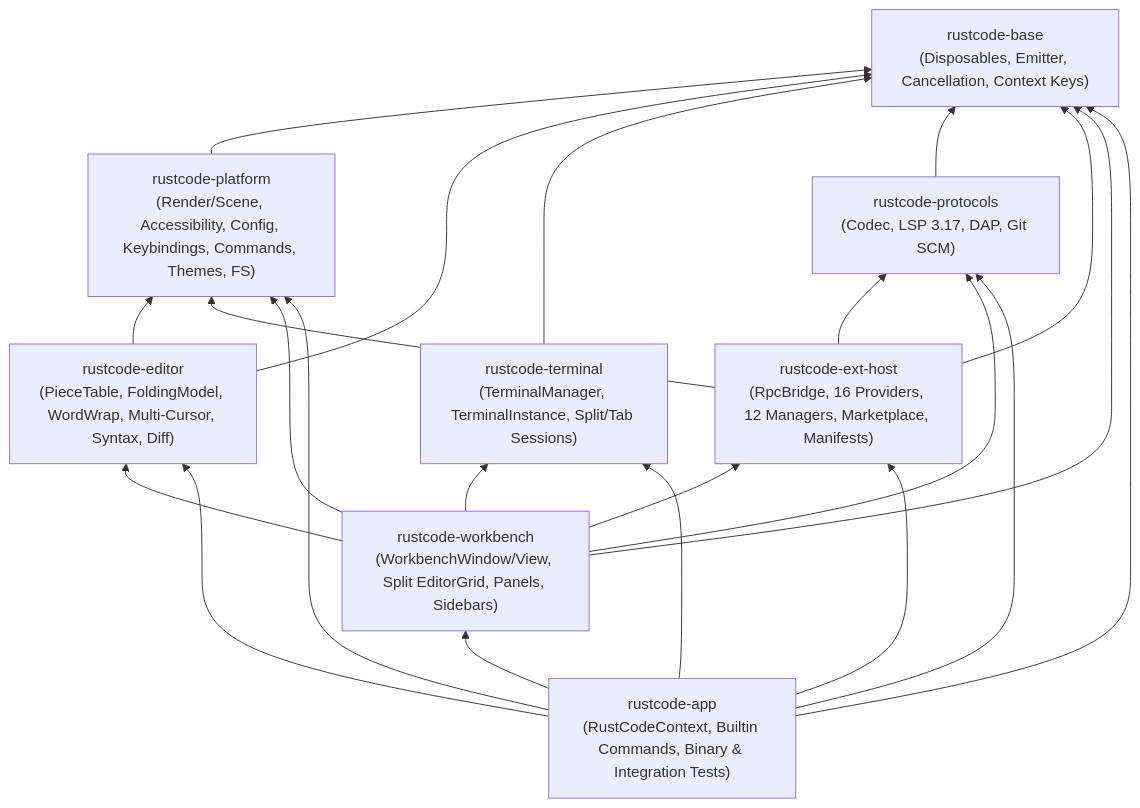
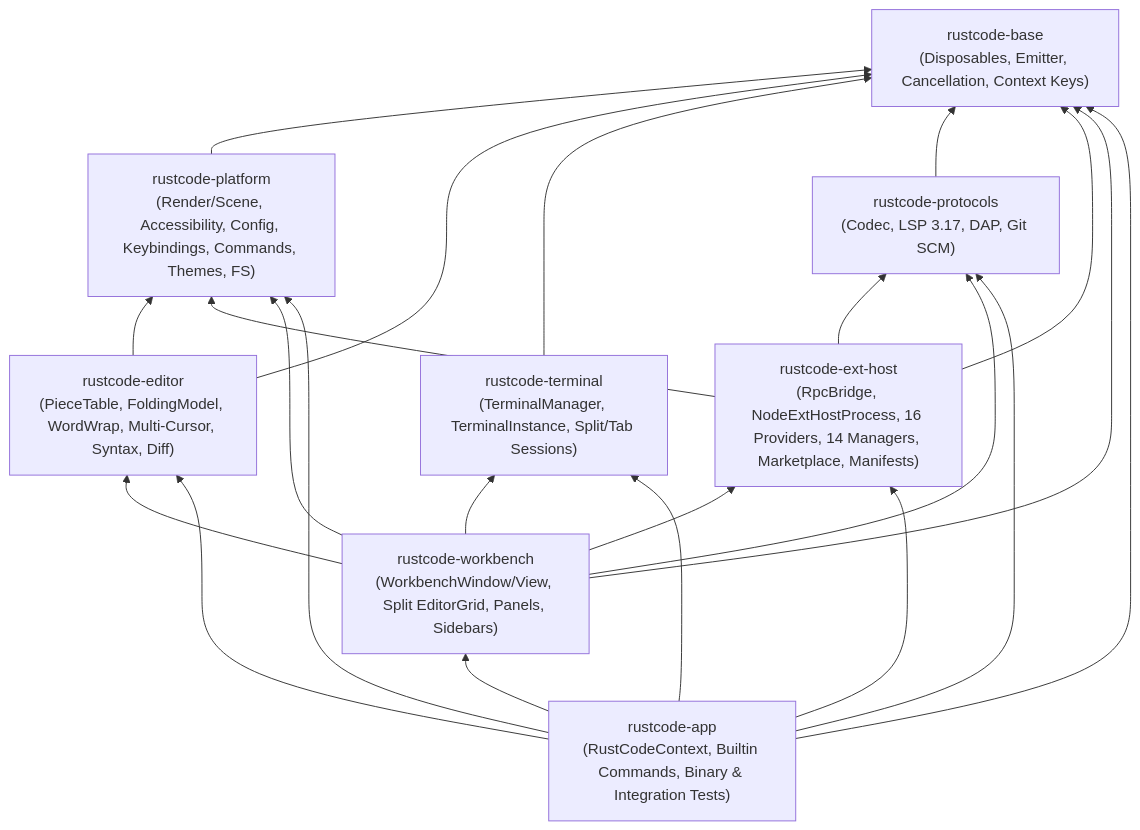
Before and after one commit to revelino01/vscode-in-rust: the diagram in docs/architecture.md, drawn with Mermaid. The commit also changed other lines of this file and 53 other files, not shown here.

Commit message:
feat(phase7-m1.2): implement live NodeExtHostProcess stdio transport, full vscode.* RPC bridge parity, standalone E2E harness, and tracker docs

````diff
--- a/docs/architecture.md
+++ b/docs/architecture.md
@@ -16,33 +16,33 @@
 ```mermaid
 flowchart BT
     base["rustcode-base\n(Disposables, Emitter, Cancellation, Context Keys)"]
     platform["rustcode-platform\n(Render/Scene, Accessibility, Config, Keybindings, Commands, Themes, FS)"]
     editor["rustcode-editor\n(PieceTable, FoldingModel, WordWrap, Multi-Cursor, Syntax, Diff)"]
     terminal["rustcode-terminal\n(TerminalManager, TerminalInstance, Split/Tab Sessions)"]
     protocols["rustcode-protocols\n(Codec, LSP 3.17, DAP, Git SCM)"]
-    exthost["rustcode-ext-host\n(RpcBridge, 16 Providers, 12 Managers, Marketplace, Manifests)"]
+    exthost["rustcode-ext-host\n(RpcBridge, NodeExtHostProcess, 16 Providers, 14 Managers, Marketplace, Manifests)"]
     workbench["rustcode-workbench\n(WorkbenchWindow/View, Split EditorGrid, Panels, Sidebars)"]
     app["rustcode-app\n(RustCodeContext, Builtin Commands, Binary & Integration Tests)"]
 
     platform --> base
     editor --> base
     editor --> platform
     terminal --> base
     protocols --> base
     exthost --> base
     exthost --> platform
     exthost --> protocols
     workbench --> base
     workbench --> platform
     workbench --> editor
     workbench --> terminal
     workbench --> protocols
     workbench --> exthost
     app --> base
     app --> platform
     app --> editor
     app --> terminal
     app --> protocols
     app --> exthost
     app --> workbench
 ```
````
